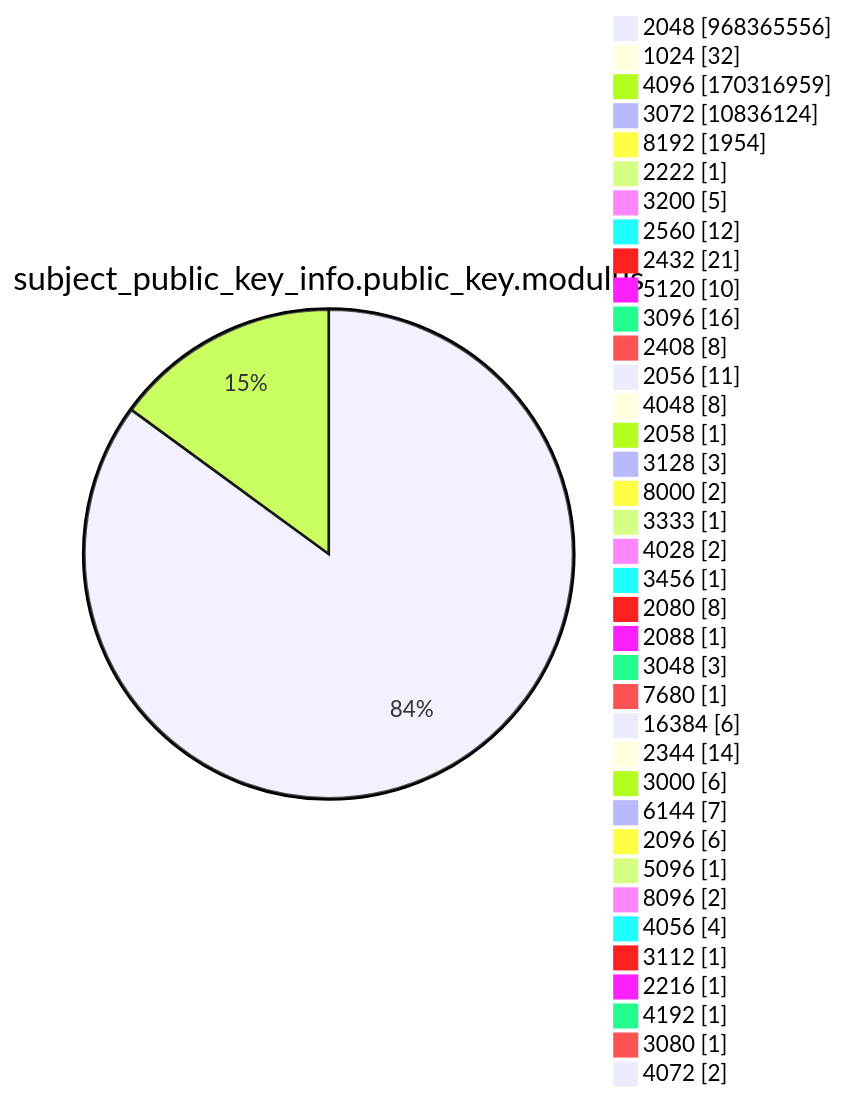
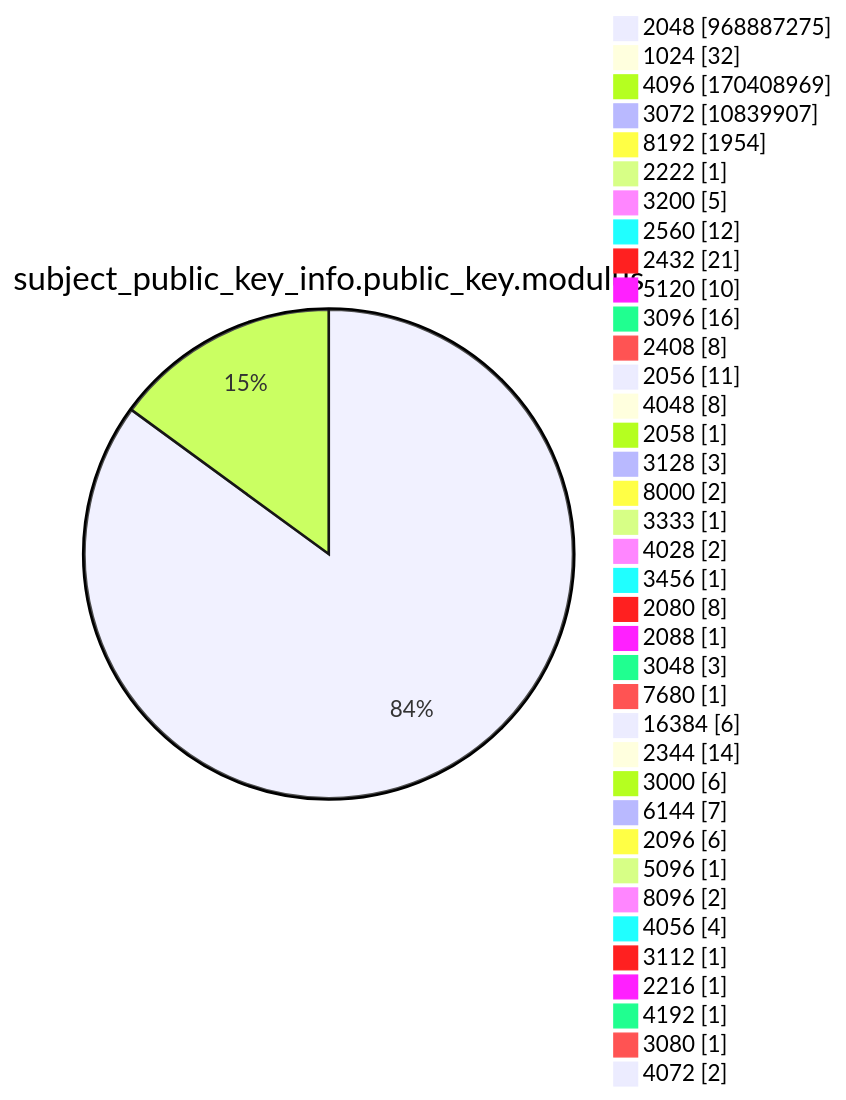
One commit to christiankrug/ctmonitor_visualization changed diagram 13 of 15 in argon2022/README.md. Above: the diagram before and after it, drawn with Mermaid. The commit also changed other lines of this file, not shown here.

````diff
--- a/argon2022/README.md
+++ b/argon2022/README.md
@@ -3587,41 +3587,41 @@
 ```mermaid
 pie showData
 title subject_public_key_info.public_key.modulus
-"2048" :968365556
+"2048" :968887275
 "1024" :32
-"4096" :170316959
-"3072" :10836124
+"4096" :170408969
+"3072" :10839907
 "8192" :1954
 "2222" :1
 "3200" :5
 "2560" :12
 "2432" :21
 "5120" :10
 "3096" :16
 "2408" :8
 "2056" :11
 "4048" :8
 "2058" :1
 "3128" :3
 "8000" :2
 "3333" :1
 "4028" :2
 "3456" :1
 "2080" :8
 "2088" :1
 "3048" :3
 "7680" :1
 "16384" :6
 "2344" :14
 "3000" :6
 "6144" :7
 "2096" :6
 "5096" :1
 "8096" :2
 "4056" :4
 "3112" :1
 "2216" :1
 "4192" :1
 "3080" :1
 "4072" :2
 ```
````
